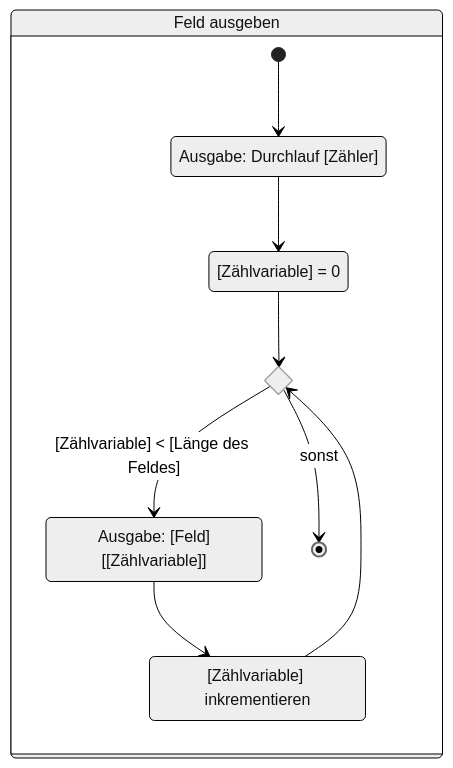
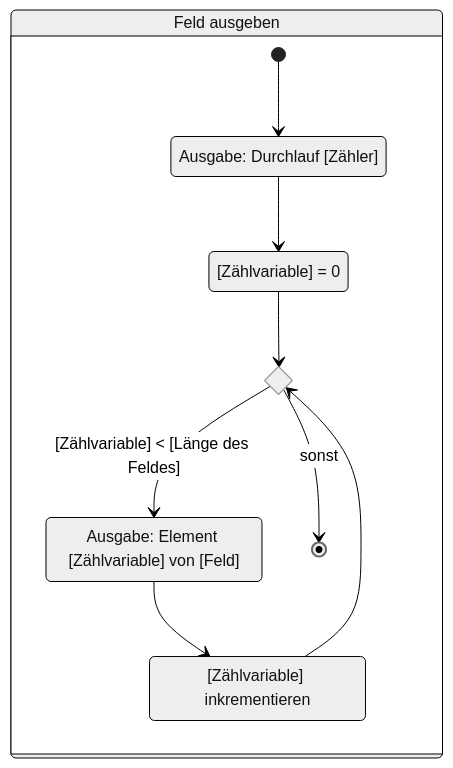
One commit to jappuccini/java-docs changed the fourth of 4 diagrams in docs/exam-exercises/exam-exercises-java1/activity-diagrams/insertion-sort.md. Above: the diagram before and after it, drawn with Mermaid (neutral theme). The commit also changed other lines of this file and 2 other files, not shown here.

````diff
--- a/docs/exam-exercises/exam-exercises-java1/activity-diagrams/insertion-sort.md
+++ b/docs/exam-exercises/exam-exercises-java1/activity-diagrams/insertion-sort.md
@@ -76,19 +76,19 @@
 ```mermaid
 stateDiagram-v2
     state "Ausgabe: Durchlauf [Zähler]" as state1
     state "[Zählvariable] = 0" as state2
-    state "Ausgabe: [Feld][[Zählvariable]]" as state3
+    state "Ausgabe: Element [Zählvariable] von [Feld]" as state3
     state "[Zählvariable] inkrementieren" as state4
 
     state if1 <<choice>>
 
     state "Feld ausgeben" as print {
         [*] --> state1
         state1 --> state2
         state2 --> if1
         if1 --> state3: [Zählvariable] < [Länge des Feldes]
         if1 --> [*]: sonst
         state3 --> state4
         state4 --> if1
     }
 ```
````
